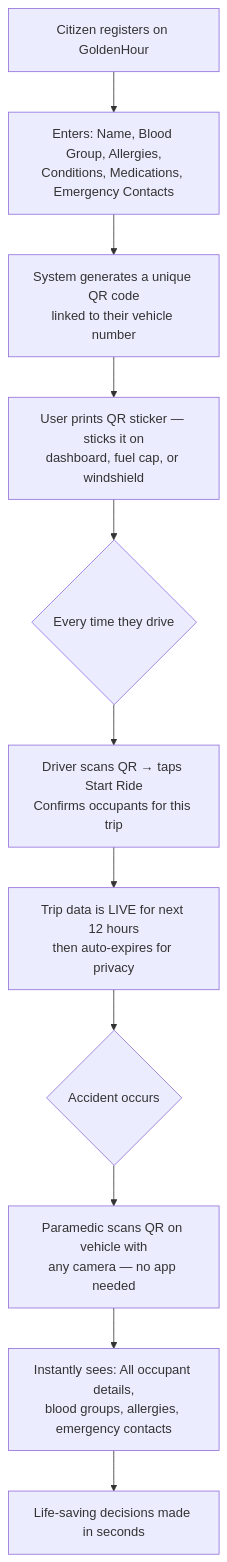
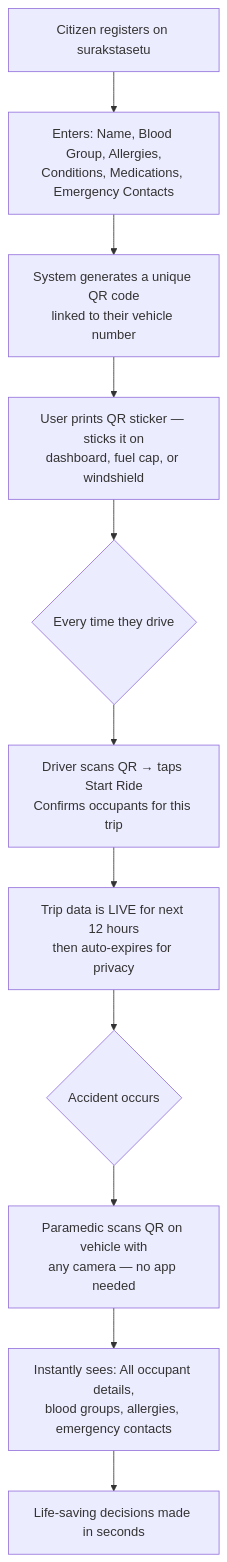
The first of 4 diagrams in README.md (sathwikpothamsetty/wox), drawn with Mermaid before and after one commit. The commit also changed other lines of this file, not shown here.

````diff
--- a/README.md
+++ b/README.md
@@ -42,13 +42,13 @@
 ```mermaid
 graph TD
-    A[Citizen registers on GoldenHour] --> B[Enters: Name, Blood Group, Allergies,\nConditions, Medications, Emergency Contacts]
+    A[Citizen registers on surakstasetu] --> B[Enters: Name, Blood Group, Allergies,\nConditions, Medications, Emergency Contacts]
     B --> C[System generates a unique QR code\nlinked to their vehicle number]
     C --> D[User prints QR sticker — sticks it on\ndashboard, fuel cap, or windshield]
     D --> E{Every time they drive}
     E --> F[Driver scans QR → taps Start Ride\nConfirms occupants for this trip]
     F --> G[Trip data is LIVE for next 12 hours\nthen auto-expires for privacy]
     G --> H{Accident occurs}
     H --> I[Paramedic scans QR on vehicle with\nany camera — no app needed]
     I --> J[Instantly sees: All occupant details,\nblood groups, allergies, emergency contacts]
     J --> K[Life-saving decisions made in seconds]
 ```
````
